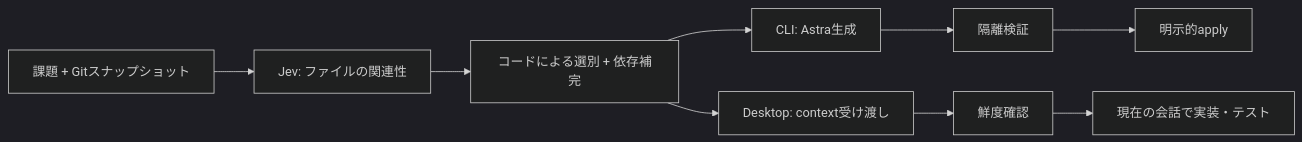
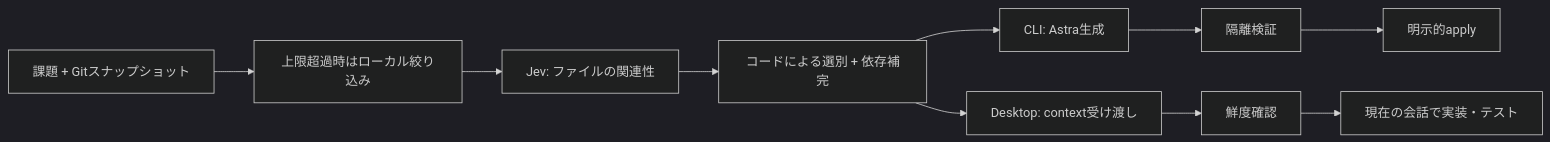
One commit to Oranquelui/astra-jev-harness changed the diagram in README-ja.md. Above: the diagram before and after it, drawn with Mermaid (dark theme). The commit also changed other lines of this file and 13 other files, not shown here.

````diff
--- a/README-ja.md
+++ b/README-ja.md
@@ -129,11 +144,12 @@
 ```mermaid
 flowchart LR
-  T[課題 + Gitスナップショット] --> J[Jev: ファイルの関連性]
+  T[課題 + Gitスナップショット] --> S[上限超過時はローカル絞り込み]
+  S --> J[Jev: ファイルの関連性]
   J --> P[コードによる選別 + 依存補完]
   P --> C[CLI: Astra生成]
   C --> V[隔離検証]
   V --> A[明示的apply]
   P --> D[Desktop: context受け渡し]
   D --> F[鮮度確認]
   F --> E[現在の会話で実装・テスト]
 ```
````
